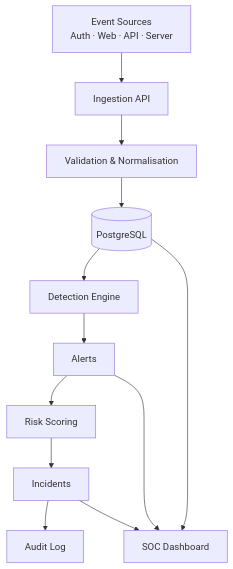
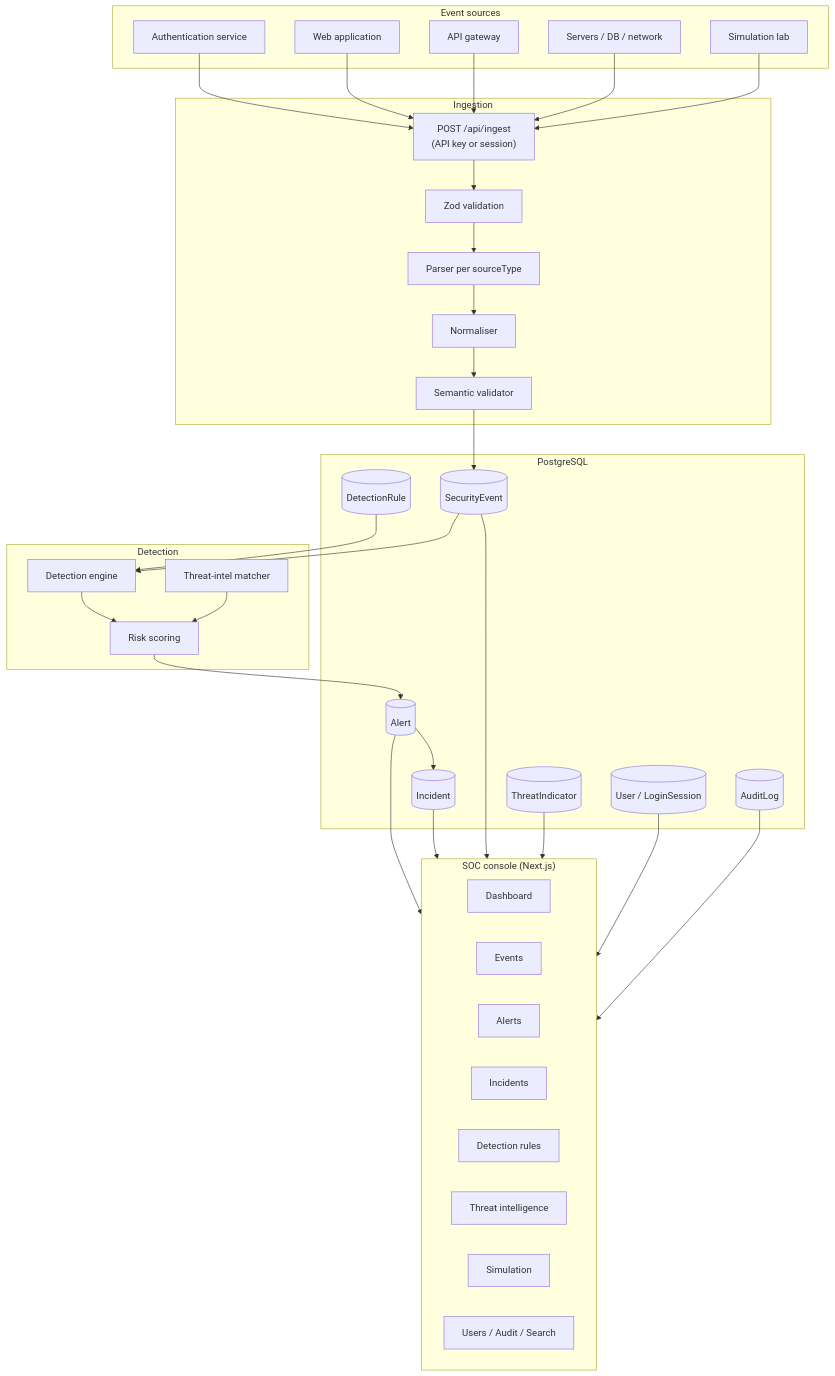
The first of 3 diagrams in README.md (YashasviDagar/securis), drawn with Mermaid before and after one commit. The commit also changed other lines of this file, not shown here.

````diff
--- a/README.md
+++ b/README.md
@@ -68,14 +101,52 @@
 ```mermaid
 flowchart TD
-    A[Event Sources<br/>Auth · Web · API · Server] --> B[Ingestion API]
-    B --> C[Validation &amp; Normalisation]
-    C --> D[(PostgreSQL)]
-    D --> E[Detection Engine]
-    E --> F[Alerts]
-    F --> G[Risk Scoring]
-    G --> H[Incidents]
-    H --> I[Audit Log]
-    D --> J[SOC Dashboard]
-    F --> J
-    H --> J
+    subgraph Sources["Event sources"]
+        A1[Authentication service]
+        A2[Web application]
+        A3[API gateway]
+        A4[Servers / DB / network]
+        A5[Simulation lab]
+    end
+
+    subgraph Ingest["Ingestion"]
+        B1["POST /api/ingest<br/>(API key or session)"]
+        B2[Zod validation]
+        B3[Parser per sourceType]
+        B4[Normaliser]
+        B5[Semantic validator]
+    end
+
+    subgraph Data["PostgreSQL"]
+        D1[(SecurityEvent)]
+        D2[(DetectionRule)]
+        D3[(Alert)]
+        D4[(Incident)]
+        D5[(ThreatIndicator)]
+        D6[(User / LoginSession)]
+        D7[(AuditLog)]
+    end
+
+    subgraph Detect["Detection"]
+        E1[Detection engine]
+        E2[Risk scoring]
+        E3[Threat-intel matcher]
+    end
+
+    subgraph UI["SOC console (Next.js)"]
+        F1[Dashboard]
+        F2[Events]
+        F3[Alerts]
+        F4[Incidents]
+        F5[Detection rules]
+        F6[Threat intelligence]
+        F7[Simulation]
+        F8[Users / Audit / Search]
+    end
+
+    A1 & A2 & A3 & A4 & A5 --> B1 --> B2 --> B3 --> B4 --> B5 --> D1
+    D2 --> E1
+    D1 --> E1 --> E2 --> D3
+    E3 --> E2
+    D3 --> D4
+    D3 & D4 & D1 & D5 & D6 & D7 --> UI
 ```
````
